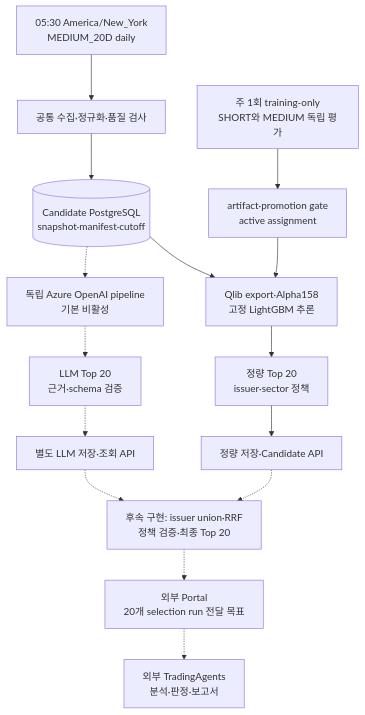
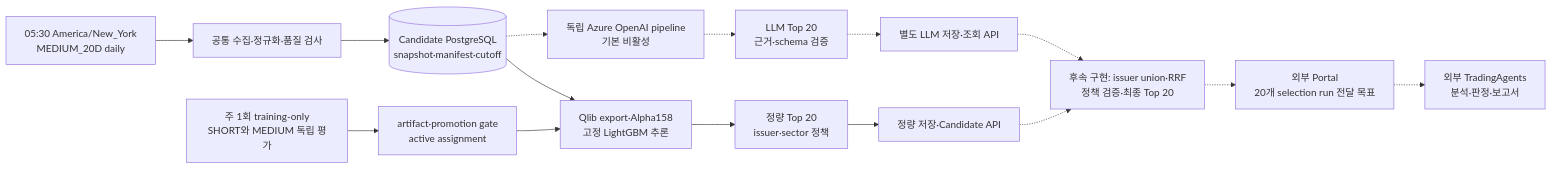
One commit to brjeong-private/sp500-candidate-engine changed the second of 3 diagrams in README.md. Above: the diagram before and after it, drawn with Mermaid. The commit also changed other lines of this file and 1 other file, not shown here.

Commit message:
docs: render pipeline and model architecture horizontally

````diff
--- a/README.md
+++ b/README.md
@@ -137,17 +137,17 @@
 ```mermaid
-flowchart TD
+flowchart LR
     Timer["05:30 America/New_York<br/>MEDIUM_20D daily"] --> Collect["공통 수집·정규화·품질 검사"]
     Collect --> Spine[("Candidate PostgreSQL<br/>snapshot·manifest·cutoff")]
     Spine --> Quant["Qlib export·Alpha158<br/>고정 LightGBM 추론"]
     Quant --> Quant20["정량 Top 20<br/>issuer·sector 정책"]
     Spine -.-> Llm["독립 Azure OpenAI pipeline<br/>기본 비활성"]
     Llm -.-> Llm20["LLM Top 20<br/>근거·schema 검증"]
     Quant20 --> QuantApi["정량 저장·Candidate API"]
     Llm20 -.-> LlmApi["별도 LLM 저장·조회 API"]
     QuantApi -.-> Fusion["후속 구현: issuer union·RRF<br/>정책 검증·최종 Top 20"]
     LlmApi -.-> Fusion
     Fusion -.-> Portal["외부 Portal<br/>20개 selection run 전달 목표"]
     Portal -.-> Trading["외부 TradingAgents<br/>분석·판정·보고서"]
     Weekly["주 1회 training-only<br/>SHORT와 MEDIUM 독립 평가"] --> Registry["artifact·promotion gate<br/>active assignment"]
     Registry --> Quant
 ```
````
